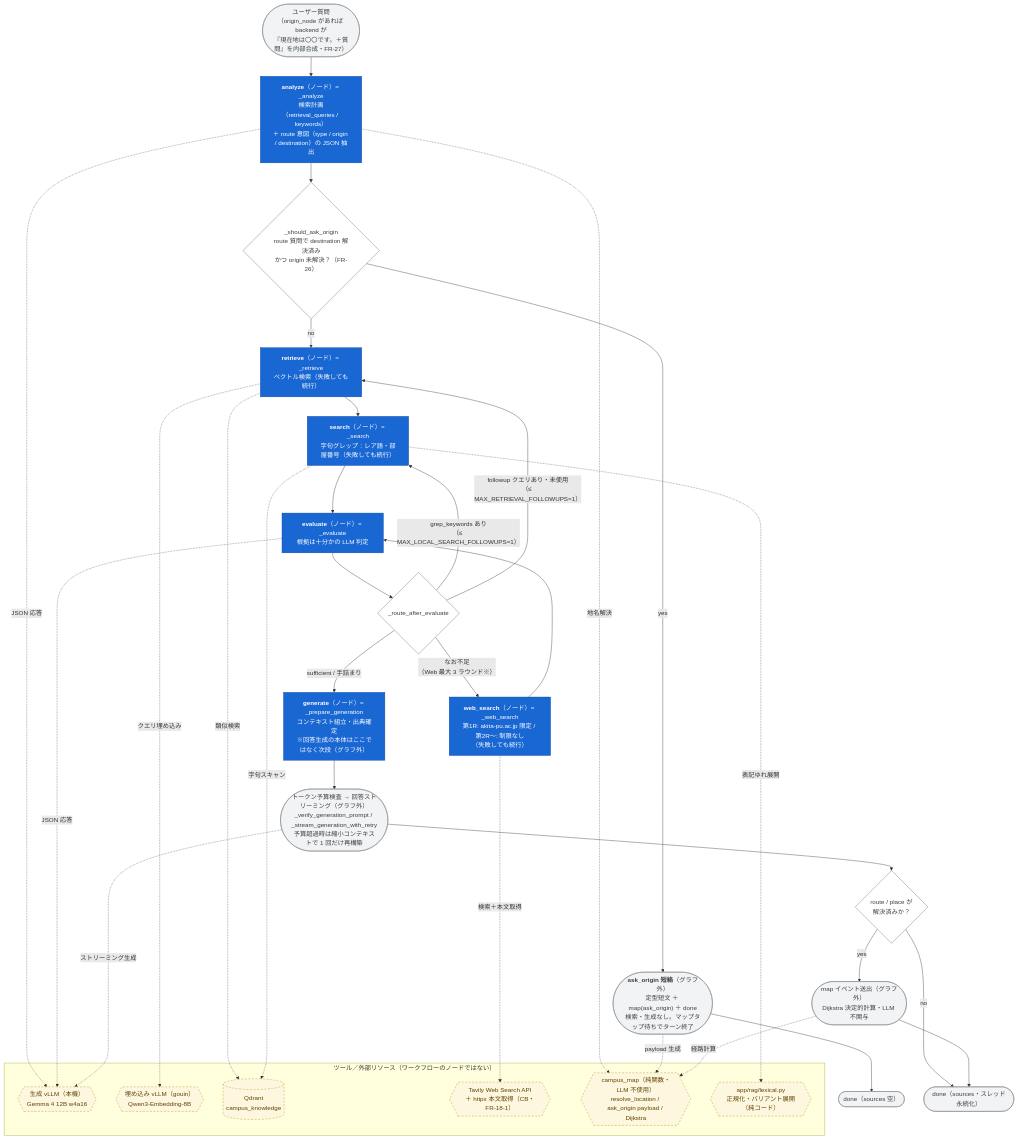
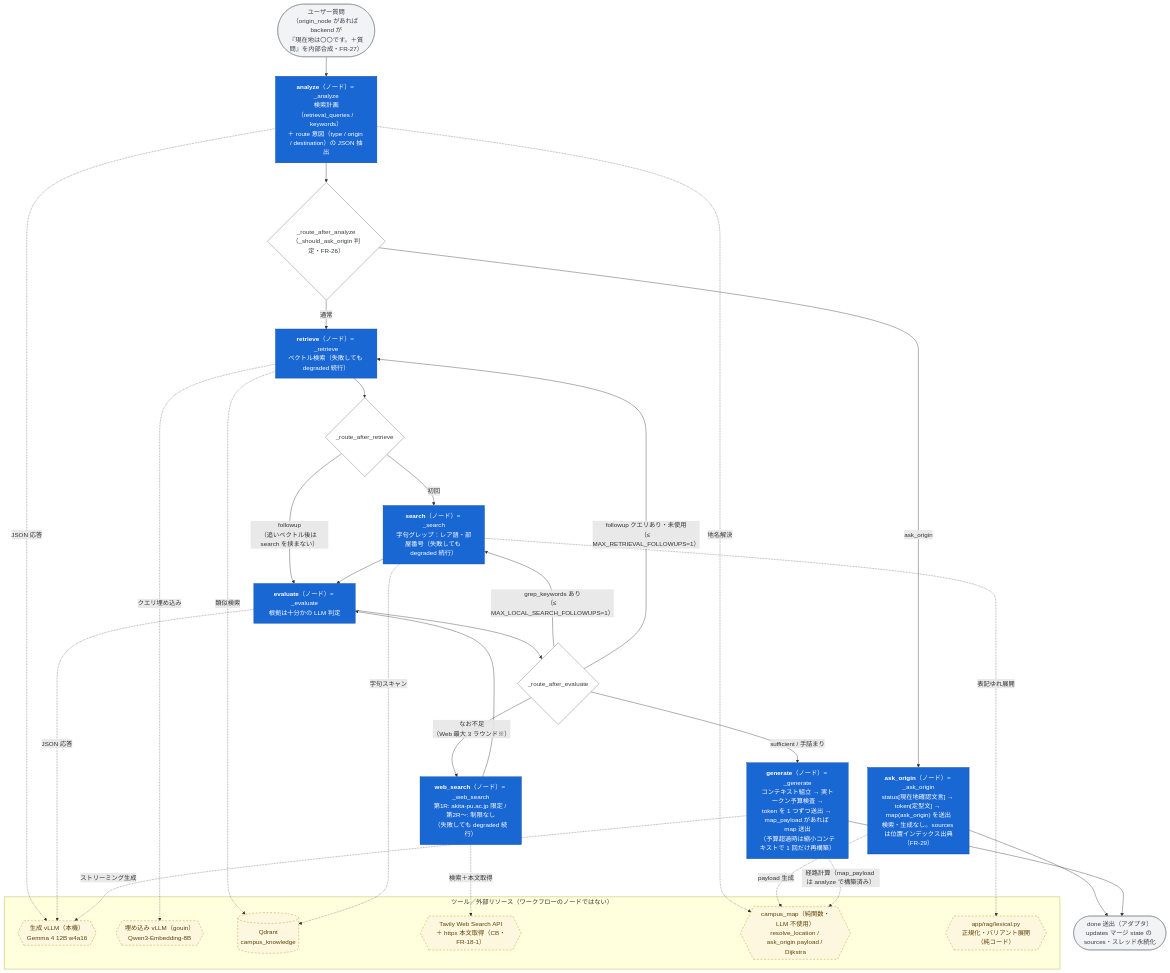
Before and after one commit to TakaJun02/sarutahiko: the second of 3 diagrams in docs/AGENT_ARCHITECTURE.md, drawn with Mermaid. The commit also changed other lines of this file and 7 other files, not shown here.

````diff
--- a/docs/AGENT_ARCHITECTURE.md
+++ b/docs/AGENT_ARCHITECTURE.md
@@ -74,53 +67,51 @@
 ```mermaid
 flowchart TD
     Q(["ユーザー質問<br/>（origin_node があれば backend が<br/>『現在地は〇〇です。＋質問』を内部合成・FR-27）"]):::orch --> AN
 
     AN["<b>analyze</b>（ノード）= _analyze<br/>検索計画（retrieval_queries / keywords）<br/>＋ route 意図（type / origin / destination）の JSON 抽出"]:::wfnode
 
-    AN --> ASKQ{"_should_ask_origin<br/>route 質問で destination 解決済み<br/>かつ origin 未解決？（FR-26）"}:::router
-    ASKQ -->|"yes"| ASK(["<b>ask_origin 短絡</b>（グラフ外）<br/>定型短文 ＋ map(ask_origin) ＋ done<br/>検索・生成なし。マップタップ待ちでターン終了"]):::orch
-    ASK --> DONE2(["done（sources 空）"]):::orch
+    AN --> RA{"_route_after_analyze<br/>（_should_ask_origin 判定・FR-26）"}:::router
+    RA -->|"ask_origin"| AO["<b>ask_origin</b>（ノード）= _ask_origin<br/>status[現在地確認文言] → token[定型文] → map(ask_origin) を送出<br/>検索・生成なし。sources は位置インデックス出典（FR-29）"]:::wfnode
+    AO --> DONE
 
-    ASKQ -->|"no"| RT["<b>retrieve</b>（ノード）= _retrieve<br/>ベクトル検索（失敗しても続行）"]:::wfnode
-    RT --> SE["<b>search</b>（ノード）= _search<br/>字句グレップ：レア語・部屋番号（失敗しても続行）"]:::wfnode
+    RA -->|"通常"| RT["<b>retrieve</b>（ノード）= _retrieve<br/>ベクトル検索（失敗しても degraded 続行）"]:::wfnode
+    RT --> RR{"_route_after_retrieve"}:::router
+    RR -->|"初回"| SE["<b>search</b>（ノード）= _search<br/>字句グレップ：レア語・部屋番号（失敗しても degraded 続行）"]:::wfnode
+    RR -->|"followup<br/>（追いベクトル後は search を挟まない）"| EV
     SE --> EV["<b>evaluate</b>（ノード）= _evaluate<br/>根拠は十分かの LLM 判定"]:::wfnode
 
-    EV --> RAE{"_route_after_evaluate"}:::router
-    RAE -->|"grep_keywords あり<br/>（≤ MAX_LOCAL_SEARCH_FOLLOWUPS=1）"| SE
-    RAE -->|"followup クエリあり・未使用<br/>（≤ MAX_RETRIEVAL_FOLLOWUPS=1）"| RT
-    RAE -->|"なお不足<br/>（Web 最大 3 ラウンド※）"| WS["<b>web_search</b>（ノード）= _web_search<br/>第1R: akita-pu.ac.jp 限定 / 第2R〜: 制限なし<br/>（失敗しても続行）"]:::wfnode
+    EV --> RE{"_route_after_evaluate"}:::router
+    RE -->|"grep_keywords あり<br/>（≤ MAX_LOCAL_SEARCH_FOLLOWUPS=1）"| SE
+    RE -->|"followup クエリあり・未使用<br/>（≤ MAX_RETRIEVAL_FOLLOWUPS=1）"| RT
+    RE -->|"なお不足<br/>（Web 最大 3 ラウンド※）"| WS["<b>web_search</b>（ノード）= _web_search<br/>第1R: akita-pu.ac.jp 限定 / 第2R〜: 制限なし<br/>（失敗しても degraded 続行）"]:::wfnode
     WS --> EV
-    RAE -->|"sufficient / 手詰まり"| GE["<b>generate</b>（ノード）= _prepare_generation<br/>コンテキスト組立・出典確定<br/>※回答生成の本体はここではなく次段（グラフ外）"]:::wfnode
+    RE -->|"sufficient / 手詰まり"| GE["<b>generate</b>（ノード）= _generate<br/>コンテキスト組立 → 実トークン予算検査 →<br/>token を 1 つずつ送出 → map_payload があれば map 送出<br/>（予算超過時は縮小コンテキストで 1 回だけ再構築）"]:::wfnode
 
-    GE --> TOK(["トークン予算検査 → 回答ストリーミング（グラフ外）<br/>_verify_generation_prompt / _stream_generation_with_retry<br/>予算超過時は縮小コンテキストで 1 回だけ再構築"]):::orch
-    TOK --> MP{"route / place が<br/>解決済みか？"}:::router
-    MP -->|"yes"| MC(["map イベント送出（グラフ外）<br/>Dijkstra 決定的計算・LLM 不関与"]):::orch
-    MP -->|"no"| DONE(["done（sources・スレッド永続化）"]):::orch
-    MC --> DONE
+    GE --> DONE(["done 送出（アダプタ）<br/>updates マージ state の sources・スレッド永続化"]):::orch
 
     subgraph TOOLS["ツール／外部リソース（ワークフローのノードではない）"]
         VLLM{{"生成 vLLM（本機）<br/>Gemma 4 12B w4a16"}}:::tool
         EMB{{"埋め込み vLLM（gouin）<br/>Qwen3-Embedding-8B"}}:::tool
         QD[("Qdrant<br/>campus_knowledge")]:::tool
         TAV{{"Tavily Web Search API<br/>＋ httpx 本文取得（CB・FR-18-1）"}}:::tool
         CM{{"campus_map（純関数・LLM 不使用）<br/>resolve_location / ask_origin payload / Dijkstra"}}:::tool
         LEX{{"app/rag/lexical.py<br/>正規化・バリアント展開（純コード）"}}:::tool
     end
 
     AN -.->|"JSON 応答"| VLLM
     AN -.->|"地名解決"| CM
-    ASK -.->|"payload 生成"| CM
+    AO -.->|"payload 生成"| CM
     RT -.->|"クエリ埋め込み"| EMB
     RT -.->|"類似検索"| QD
     SE -.->|"字句スキャン"| QD
     SE -.->|"表記ゆれ展開"| LEX
     EV -.->|"JSON 応答"| VLLM
     WS -.->|"検索＋本文取得"| TAV
-    TOK -.->|"ストリーミング生成"| VLLM
-    MC -.->|"経路計算"| CM
+    GE -.->|"ストリーミング生成"| VLLM
+    GE -.->|"経路計算（map_payload は analyze で構築済み）"| CM
 
     classDef wfnode fill:#1967d2,stroke:#0b47a1,color:#ffffff
     classDef tool fill:#fef7e0,stroke:#b58800,color:#5f4300,stroke-dasharray: 5 4
     classDef orch fill:#f1f3f4,stroke:#80868b,color:#3c4043
     classDef router fill:#ffffff,stroke:#5f6368,color:#3c4043
 ```
````
